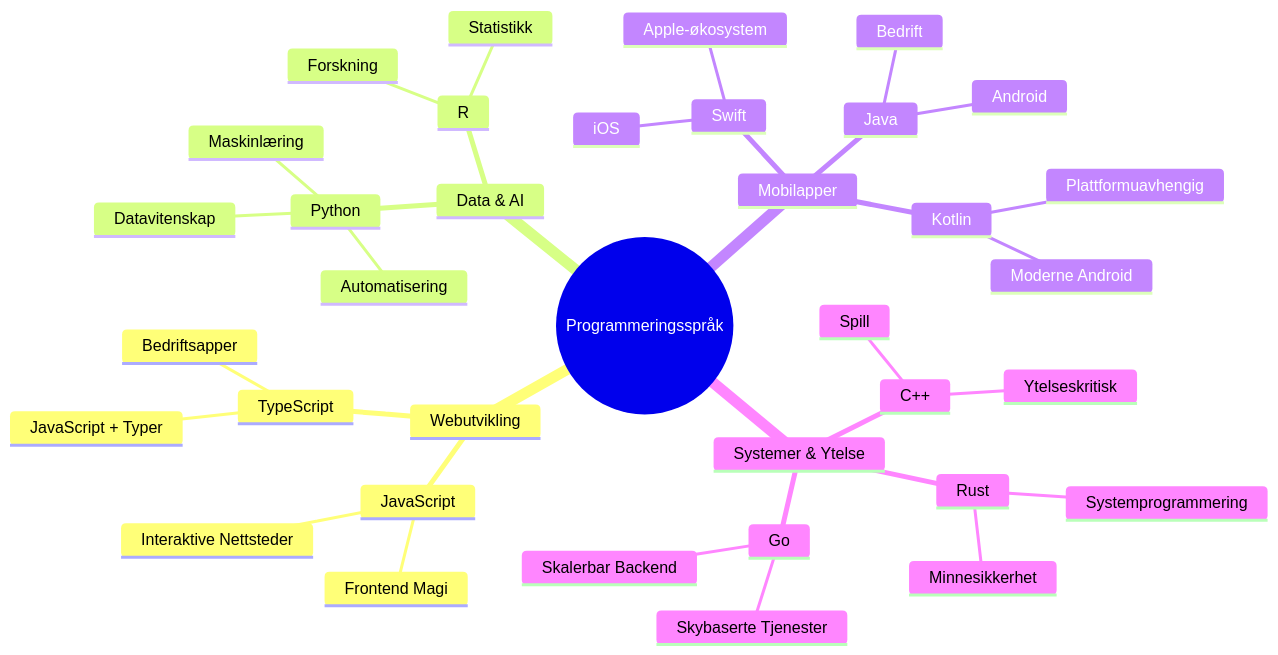
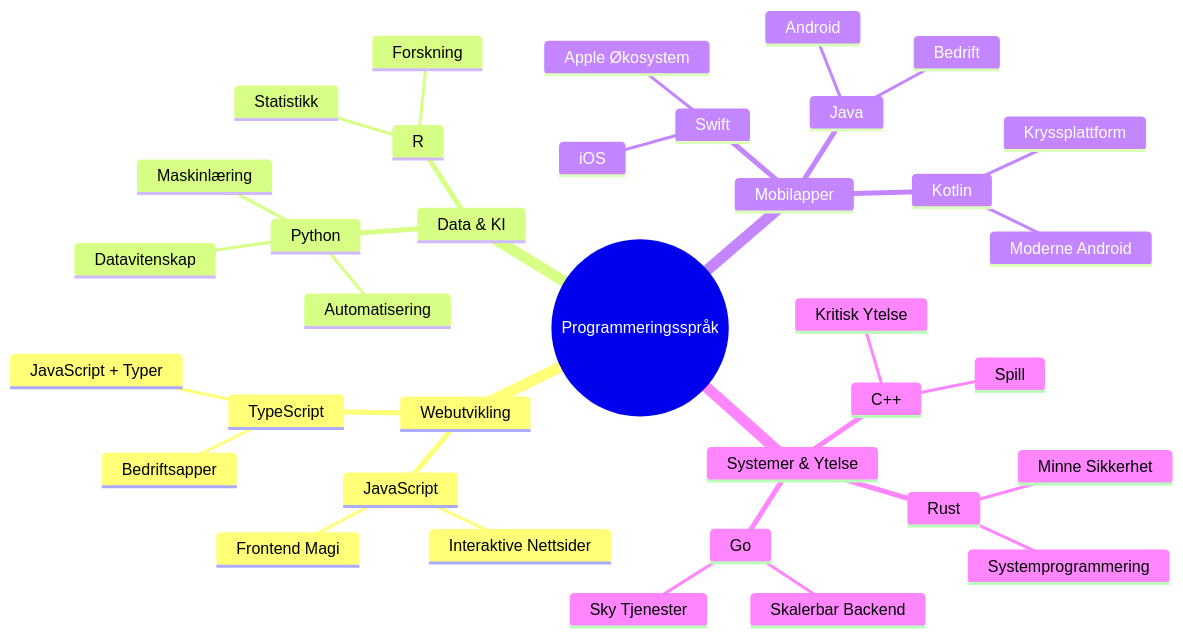
One commit to microsoft/Web-Dev-For-Beginners changed the second of 7 diagrams in translations/no/1-getting-started-lessons/1-intro-to-programming-languages/README.md. Above: the diagram before and after it, drawn with Mermaid. The commit also changed other lines of this file and 11 other files, not shown here.

````diff
--- a/translations/no/1-getting-started-lessons/1-intro-to-programming-languages/README.md
+++ b/translations/no/1-getting-started-lessons/1-intro-to-programming-languages/README.md
@@ -85,39 +85,39 @@
 ```mermaid
 mindmap
   root((Programmeringsspråk))
     Webutvikling
       JavaScript
         Frontend Magi
-        Interaktive Nettsteder
+        Interaktive Nettsider
       TypeScript
         JavaScript + Typer
         Bedriftsapper
-    Data & AI
+    Data & KI
       Python
         Datavitenskap
         Maskinlæring
         Automatisering
       R
         Statistikk
         Forskning
     Mobilapper
       Java
         Android
         Bedrift
       Swift
         iOS
-        Apple-økosystem
+        Apple Økosystem
       Kotlin
         Moderne Android
-        Plattformuavhengig
+        Kryssplattform
     Systemer & Ytelse
       C++
         Spill
-        Ytelseskritisk
+        Kritisk Ytelse
       Rust
-        Minnesikkerhet
+        Minne Sikkerhet
         Systemprogrammering
       Go
-        Skybaserte Tjenester
+        Sky Tjenester
         Skalerbar Backend
 ```
````
